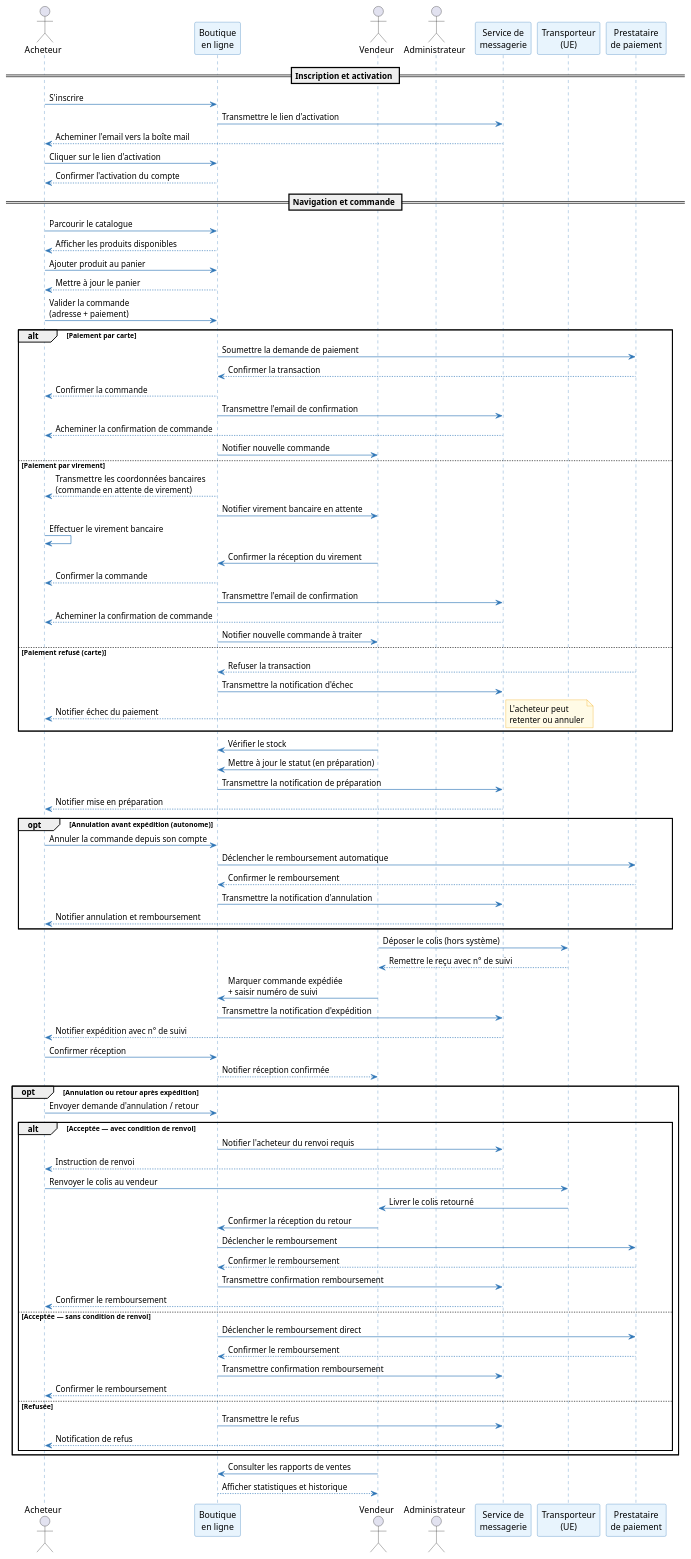
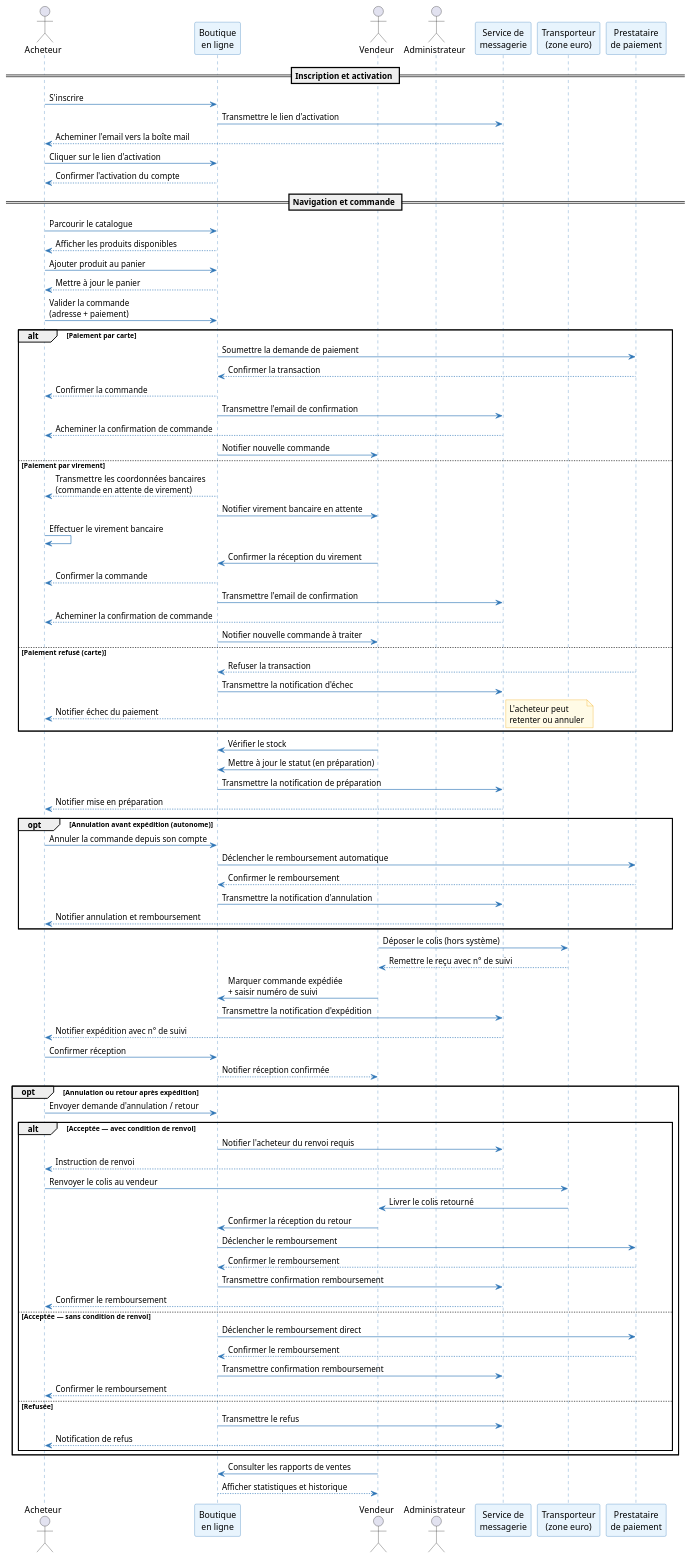
The fifth of 5 diagrams in architecture/01-operational-analysis/oa.adoc (louistalvande/online_shop), drawn with PlantUML before and after one commit. The commit also changed other lines of this file and 20 other files, not shown here.

Commit message:
deliver to euro zone only

```diff
--- a/architecture/01-operational-analysis/oa.adoc
+++ b/architecture/01-operational-analysis/oa.adoc
@@ -392,7 +392,7 @@
 actor Vendeur as Vendor
 actor Administrateur as Admin
 participant "Service de\nmessagerie" as Mail
-participant "Transporteur\n(UE)" as Carrier
+participant "Transporteur\n(zone euro)" as Carrier
 participant "Prestataire\nde paiement" as Payment
 
 == Inscription et activation ==
```
